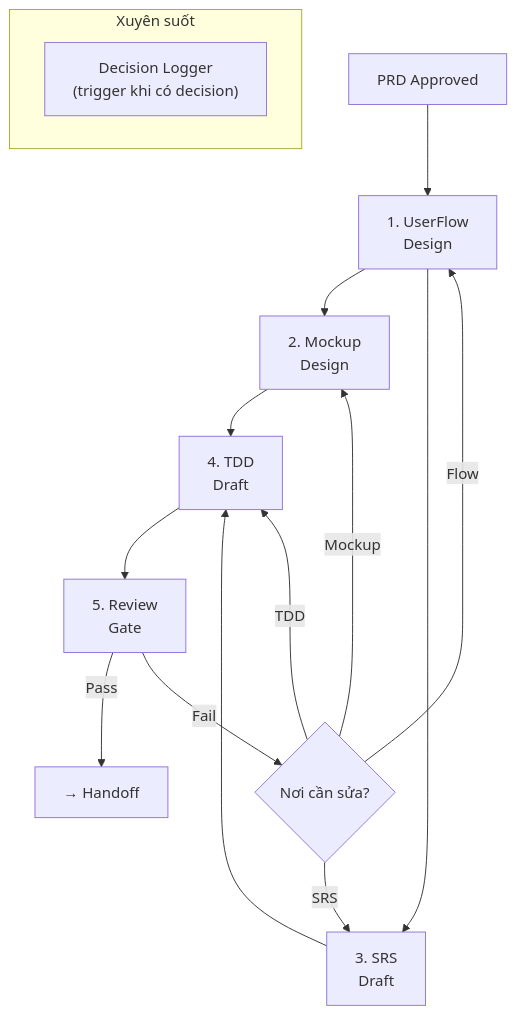
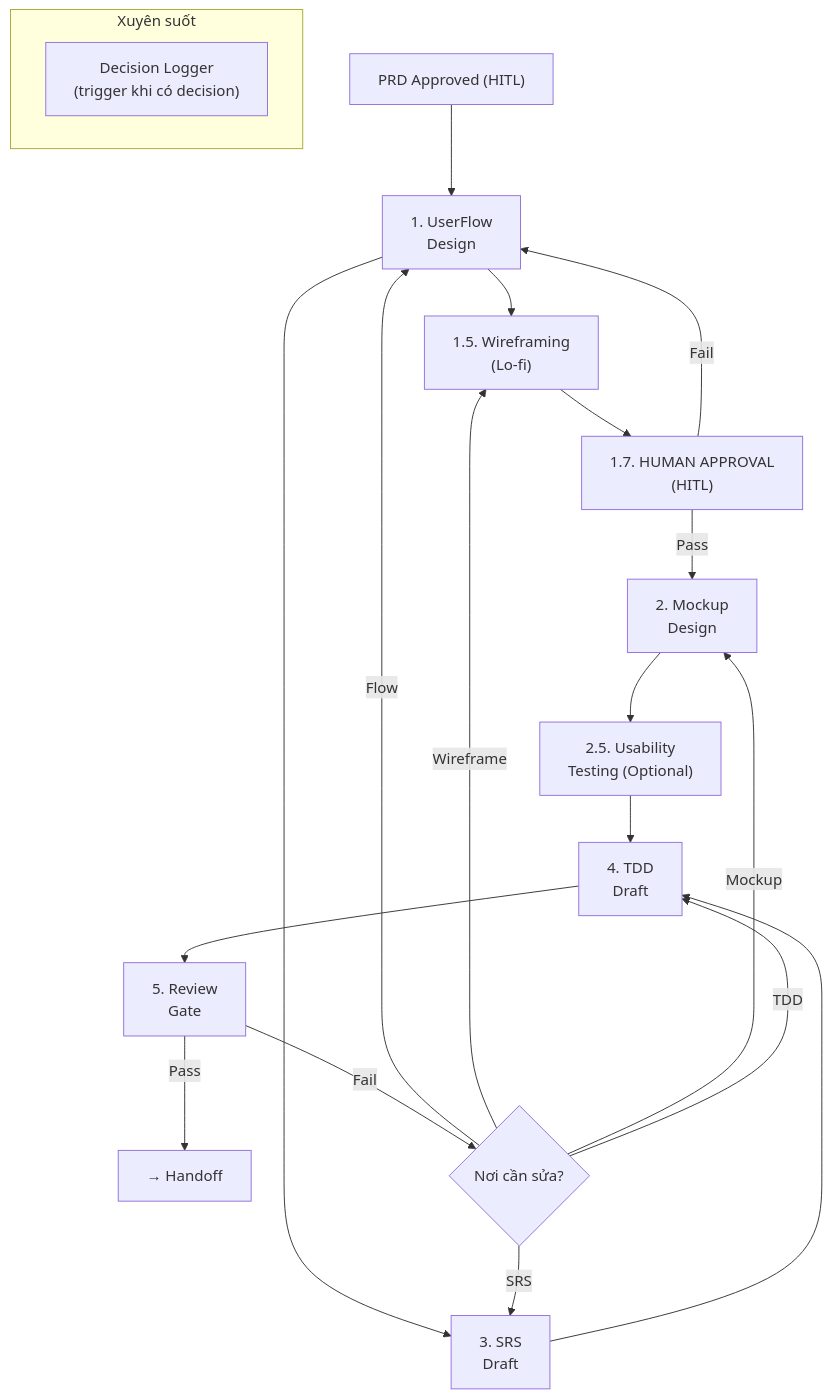
One commit to khanhbkqt/create-pd-harness changed the diagram in .agents/workflows/design-cycle.md. Above: the diagram before and after it, drawn with Mermaid. The commit also changed other lines of this file and 14 other files, not shown here.

````diff
--- a/.agents/workflows/design-cycle.md
+++ b/.agents/workflows/design-cycle.md
@@ -11,19 +11,24 @@
 ```mermaid
 flowchart TD
-    A["PRD Approved"] --> B["1. UserFlow\nDesign"]
-    B --> C["2. Mockup\nDesign"]
+    A["PRD Approved (HITL)"] --> B["1. UserFlow\nDesign"]
+    B --> B2["1.5. Wireframing\n(Lo-fi)"]
+    B2 --> H1["1.7. HUMAN APPROVAL\n(HITL)"]
+    H1 -->|Pass| C["2. Mockup\nDesign"]
+    H1 -->|Fail| B
+    C --> C2["2.5. Usability\nTesting (Optional)"]
     B --> D["3. SRS\nDraft"]
-    C --> E["4. TDD\nDraft"]
+    C2 --> E["4. TDD\nDraft"]
     D --> E
     E --> F["5. Review\nGate"]
     F -->|Pass| G["→ Handoff"]
     F -->|Fail| H{"Nơi cần sửa?"}
     H -->|Flow| B
+    H -->|Wireframe| B2
     H -->|Mockup| C
     H -->|SRS| D
     H -->|TDD| E
 
     subgraph "Xuyên suốt"
         I["Decision Logger\n(trigger khi có decision)"]
     end
 ```
````
